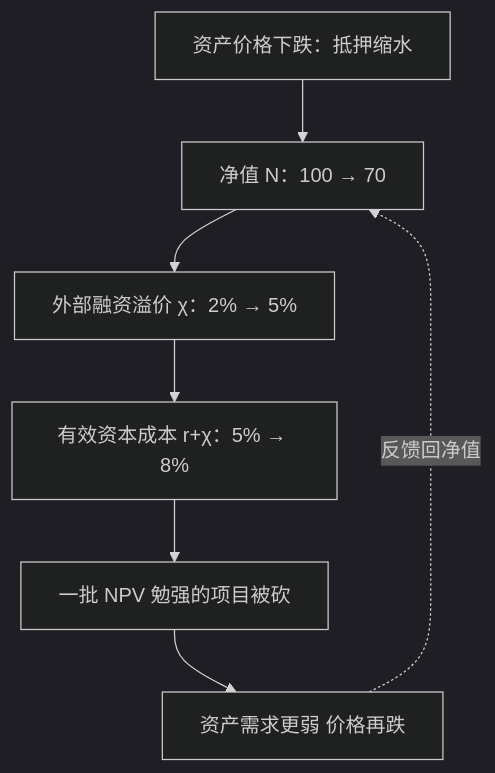
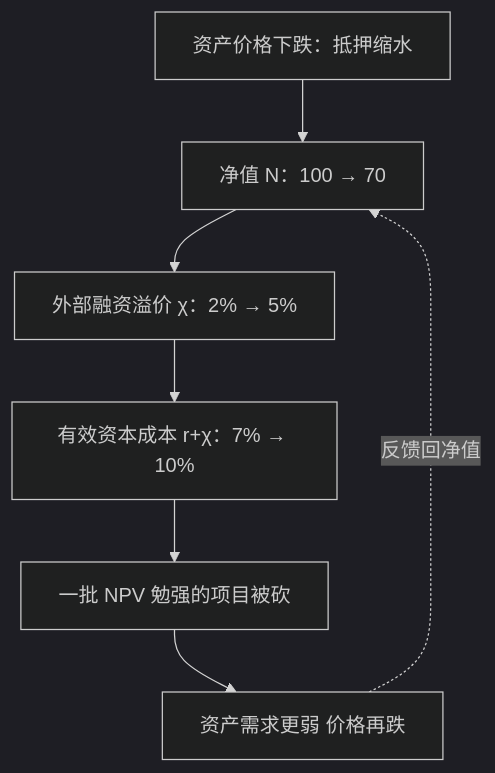
The second of 2 diagrams in docs/econ/financial-accelerator.md (xhongduo-tech/xhongduo-tech.github.io), drawn with Mermaid (dark theme) before and after one commit. The commit also changed other lines of this file and 8 other files, not shown here.

Commit message:
Content review econ-164: effective capital cost is 7 to 10 percent in the financial-accelerator example with the mermaid label aligned, and the new-Keynesian unit's next-lesson pointers repointed off the stale sequence across eight lessons.

````diff
--- a/docs/econ/financial-accelerator.md
+++ b/docs/econ/financial-accelerator.md
@@ -51,9 +51,9 @@
 ```mermaid
 flowchart TD
   HIT["资产价格下跌：抵押缩水"] --> NNUM["净值 N：100 → 70"]
   NNUM --> CHINUM["外部融资溢价 χ：2% → 5%"]
-  CHINUM --> COSTNUM["有效资本成本 r+χ：5% → 8%"]
+  CHINUM --> COSTNUM["有效资本成本 r+χ：7% → 10%"]
   COSTNUM --> ICUT["一批 NPV 勉强的项目被砍"]
   ICUT --> QDOWN["资产需求更弱 价格再跌"]
   QDOWN -.->|"反馈回净值"| NNUM
 ```
````
